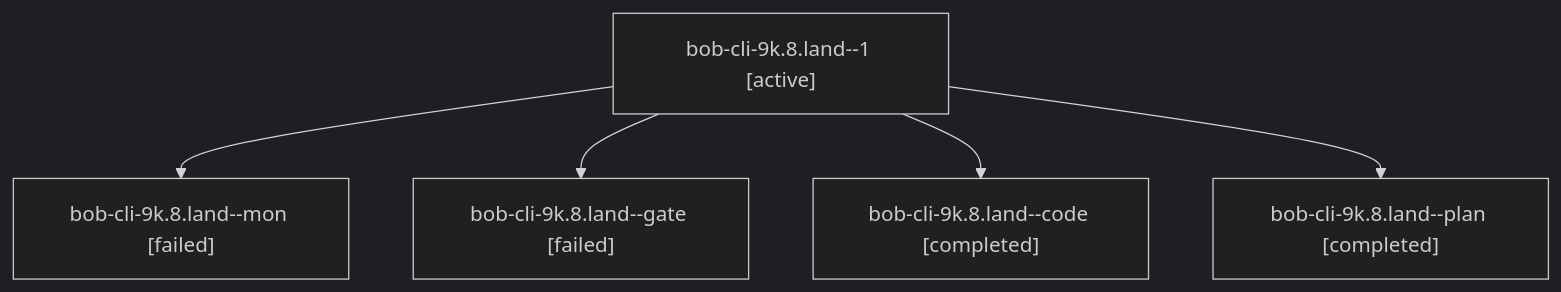
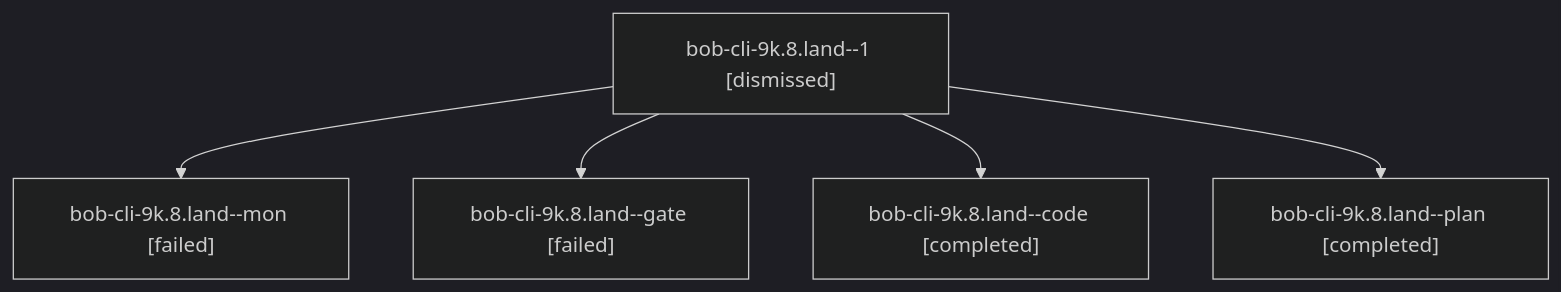
Before and after one commit to bobs-org/bob-cli--agents: the diagram in sessions/bbugyi200.athena.bob-cli-9k.8.land.md, drawn with Mermaid (dark theme). The commit also changed other lines of this file and 76 other files, not shown here.

````diff
--- a/sessions/bbugyi200.athena.bob-cli-9k.8.land.md
+++ b/sessions/bbugyi200.athena.bob-cli-9k.8.land.md
@@ -9,12 +9,12 @@
 ```mermaid
 flowchart TD
-  n0["bob-cli-9k.8.land--1 [active]"]
+  n0["bob-cli-9k.8.land--1 [dismissed]"]
   n1["bob-cli-9k.8.land--mon [failed]"]
   n0 --> n1
   n2["bob-cli-9k.8.land--gate [failed]"]
   n0 --> n2
   n3["bob-cli-9k.8.land--code [completed]"]
   n0 --> n3
   n4["bob-cli-9k.8.land--plan [completed]"]
   n0 --> n4
 ```
````
